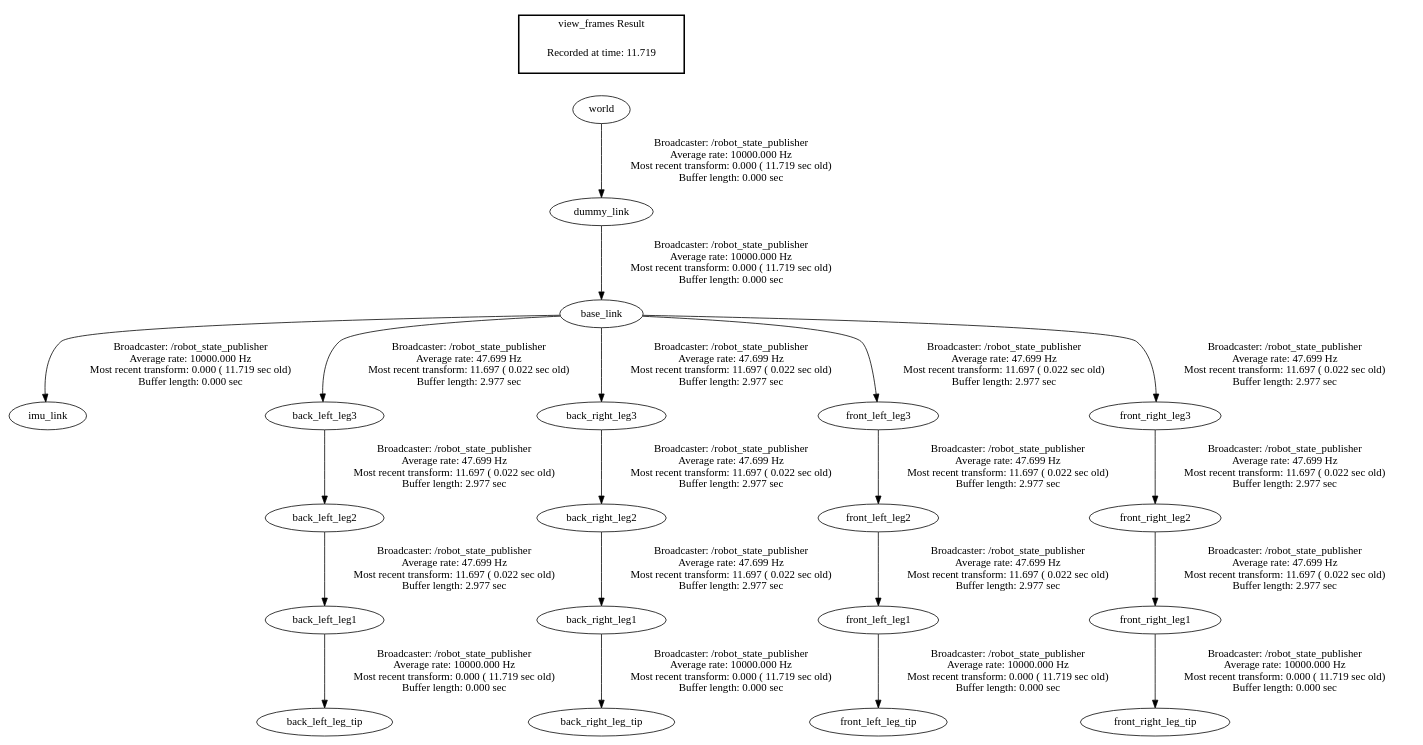
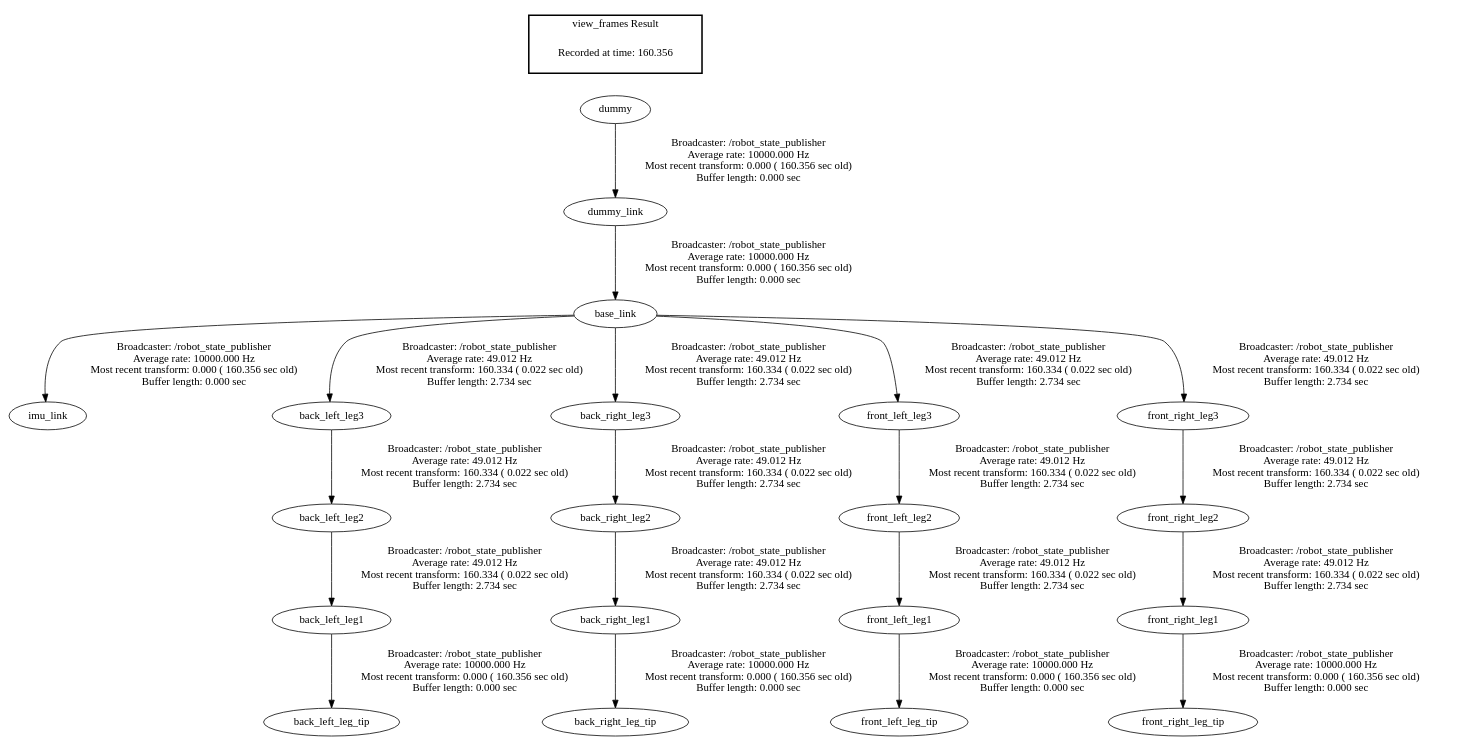
One commit to shandilya1998/CPGController changed the diagram in src/simulations/ws/src/quadruped/frames.gv. Above: the diagram before and after it, drawn with Graphviz. The commit also changed 16 other files, not shown here.

```diff
--- a/src/simulations/ws/src/quadruped/frames.gv
+++ b/src/simulations/ws/src/quadruped/frames.gv
@@ -1,25 +1,25 @@
 digraph G {
-"back_left_leg1" -> "back_left_leg_tip"[label="Broadcaster: /robot_state_publisher\nAverage rate: 10000.000 Hz\nMost recent transform: 0.000 ( 11.719 sec old)\nBuffer length: 0.000 sec\n"];
-"back_left_leg2" -> "back_left_leg1"[label="Broadcaster: /robot_state_publisher\nAverage rate: 47.699 Hz\nMost recent transform: 11.697 ( 0.022 sec old)\nBuffer length: 2.977 sec\n"];
-"back_right_leg1" -> "back_right_leg_tip"[label="Broadcaster: /robot_state_publisher\nAverage rate: 10000.000 Hz\nMost recent transform: 0.000 ( 11.719 sec old)\nBuffer length: 0.000 sec\n"];
-"back_right_leg2" -> "back_right_leg1"[label="Broadcaster: /robot_state_publisher\nAverage rate: 47.699 Hz\nMost recent transform: 11.697 ( 0.022 sec old)\nBuffer length: 2.977 sec\n"];
-"base_link" -> "imu_link"[label="Broadcaster: /robot_state_publisher\nAverage rate: 10000.000 Hz\nMost recent transform: 0.000 ( 11.719 sec old)\nBuffer length: 0.000 sec\n"];
-"dummy_link" -> "base_link"[label="Broadcaster: /robot_state_publisher\nAverage rate: 10000.000 Hz\nMost recent transform: 0.000 ( 11.719 sec old)\nBuffer length: 0.000 sec\n"];
-"world" -> "dummy_link"[label="Broadcaster: /robot_state_publisher\nAverage rate: 10000.000 Hz\nMost recent transform: 0.000 ( 11.719 sec old)\nBuffer length: 0.000 sec\n"];
-"front_left_leg1" -> "front_left_leg_tip"[label="Broadcaster: /robot_state_publisher\nAverage rate: 10000.000 Hz\nMost recent transform: 0.000 ( 11.719 sec old)\nBuffer length: 0.000 sec\n"];
-"front_left_leg2" -> "front_left_leg1"[label="Broadcaster: /robot_state_publisher\nAverage rate: 47.699 Hz\nMost recent transform: 11.697 ( 0.022 sec old)\nBuffer length: 2.977 sec\n"];
-"front_right_leg1" -> "front_right_leg_tip"[label="Broadcaster: /robot_state_publisher\nAverage rate: 10000.000 Hz\nMost recent transform: 0.000 ( 11.719 sec old)\nBuffer length: 0.000 sec\n"];
-"front_right_leg2" -> "front_right_leg1"[label="Broadcaster: /robot_state_publisher\nAverage rate: 47.699 Hz\nMost recent transform: 11.697 ( 0.022 sec old)\nBuffer length: 2.977 sec\n"];
-"back_left_leg3" -> "back_left_leg2"[label="Broadcaster: /robot_state_publisher\nAverage rate: 47.699 Hz\nMost recent transform: 11.697 ( 0.022 sec old)\nBuffer length: 2.977 sec\n"];
-"base_link" -> "back_left_leg3"[label="Broadcaster: /robot_state_publisher\nAverage rate: 47.699 Hz\nMost recent transform: 11.697 ( 0.022 sec old)\nBuffer length: 2.977 sec\n"];
-"back_right_leg3" -> "back_right_leg2"[label="Broadcaster: /robot_state_publisher\nAverage rate: 47.699 Hz\nMost recent transform: 11.697 ( 0.022 sec old)\nBuffer length: 2.977 sec\n"];
-"base_link" -> "back_right_leg3"[label="Broadcaster: /robot_state_publisher\nAverage rate: 47.699 Hz\nMost recent transform: 11.697 ( 0.022 sec old)\nBuffer length: 2.977 sec\n"];
-"front_left_leg3" -> "front_left_leg2"[label="Broadcaster: /robot_state_publisher\nAverage rate: 47.699 Hz\nMost recent transform: 11.697 ( 0.022 sec old)\nBuffer length: 2.977 sec\n"];
-"base_link" -> "front_left_leg3"[label="Broadcaster: /robot_state_publisher\nAverage rate: 47.699 Hz\nMost recent transform: 11.697 ( 0.022 sec old)\nBuffer length: 2.977 sec\n"];
-"front_right_leg3" -> "front_right_leg2"[label="Broadcaster: /robot_state_publisher\nAverage rate: 47.699 Hz\nMost recent transform: 11.697 ( 0.022 sec old)\nBuffer length: 2.977 sec\n"];
-"base_link" -> "front_right_leg3"[label="Broadcaster: /robot_state_publisher\nAverage rate: 47.699 Hz\nMost recent transform: 11.697 ( 0.022 sec old)\nBuffer length: 2.977 sec\n"];
+"back_left_leg1" -> "back_left_leg_tip"[label="Broadcaster: /robot_state_publisher\nAverage rate: 10000.000 Hz\nMost recent transform: 0.000 ( 160.356 sec old)\nBuffer length: 0.000 sec\n"];
+"back_left_leg2" -> "back_left_leg1"[label="Broadcaster: /robot_state_publisher\nAverage rate: 49.012 Hz\nMost recent transform: 160.334 ( 0.022 sec old)\nBuffer length: 2.734 sec\n"];
+"back_right_leg1" -> "back_right_leg_tip"[label="Broadcaster: /robot_state_publisher\nAverage rate: 10000.000 Hz\nMost recent transform: 0.000 ( 160.356 sec old)\nBuffer length: 0.000 sec\n"];
+"back_right_leg2" -> "back_right_leg1"[label="Broadcaster: /robot_state_publisher\nAverage rate: 49.012 Hz\nMost recent transform: 160.334 ( 0.022 sec old)\nBuffer length: 2.734 sec\n"];
+"base_link" -> "imu_link"[label="Broadcaster: /robot_state_publisher\nAverage rate: 10000.000 Hz\nMost recent transform: 0.000 ( 160.356 sec old)\nBuffer length: 0.000 sec\n"];
+"dummy_link" -> "base_link"[label="Broadcaster: /robot_state_publisher\nAverage rate: 10000.000 Hz\nMost recent transform: 0.000 ( 160.356 sec old)\nBuffer length: 0.000 sec\n"];
+"dummy" -> "dummy_link"[label="Broadcaster: /robot_state_publisher\nAverage rate: 10000.000 Hz\nMost recent transform: 0.000 ( 160.356 sec old)\nBuffer length: 0.000 sec\n"];
+"front_left_leg1" -> "front_left_leg_tip"[label="Broadcaster: /robot_state_publisher\nAverage rate: 10000.000 Hz\nMost recent transform: 0.000 ( 160.356 sec old)\nBuffer length: 0.000 sec\n"];
+"front_left_leg2" -> "front_left_leg1"[label="Broadcaster: /robot_state_publisher\nAverage rate: 49.012 Hz\nMost recent transform: 160.334 ( 0.022 sec old)\nBuffer length: 2.734 sec\n"];
+"front_right_leg1" -> "front_right_leg_tip"[label="Broadcaster: /robot_state_publisher\nAverage rate: 10000.000 Hz\nMost recent transform: 0.000 ( 160.356 sec old)\nBuffer length: 0.000 sec\n"];
+"front_right_leg2" -> "front_right_leg1"[label="Broadcaster: /robot_state_publisher\nAverage rate: 49.012 Hz\nMost recent transform: 160.334 ( 0.022 sec old)\nBuffer length: 2.734 sec\n"];
+"back_left_leg3" -> "back_left_leg2"[label="Broadcaster: /robot_state_publisher\nAverage rate: 49.012 Hz\nMost recent transform: 160.334 ( 0.022 sec old)\nBuffer length: 2.734 sec\n"];
+"base_link" -> "back_left_leg3"[label="Broadcaster: /robot_state_publisher\nAverage rate: 49.012 Hz\nMost recent transform: 160.334 ( 0.022 sec old)\nBuffer length: 2.734 sec\n"];
+"back_right_leg3" -> "back_right_leg2"[label="Broadcaster: /robot_state_publisher\nAverage rate: 49.012 Hz\nMost recent transform: 160.334 ( 0.022 sec old)\nBuffer length: 2.734 sec\n"];
+"base_link" -> "back_right_leg3"[label="Broadcaster: /robot_state_publisher\nAverage rate: 49.012 Hz\nMost recent transform: 160.334 ( 0.022 sec old)\nBuffer length: 2.734 sec\n"];
+"front_left_leg3" -> "front_left_leg2"[label="Broadcaster: /robot_state_publisher\nAverage rate: 49.012 Hz\nMost recent transform: 160.334 ( 0.022 sec old)\nBuffer length: 2.734 sec\n"];
+"base_link" -> "front_left_leg3"[label="Broadcaster: /robot_state_publisher\nAverage rate: 49.012 Hz\nMost recent transform: 160.334 ( 0.022 sec old)\nBuffer length: 2.734 sec\n"];
+"front_right_leg3" -> "front_right_leg2"[label="Broadcaster: /robot_state_publisher\nAverage rate: 49.012 Hz\nMost recent transform: 160.334 ( 0.022 sec old)\nBuffer length: 2.734 sec\n"];
+"base_link" -> "front_right_leg3"[label="Broadcaster: /robot_state_publisher\nAverage rate: 49.012 Hz\nMost recent transform: 160.334 ( 0.022 sec old)\nBuffer length: 2.734 sec\n"];
 edge [style=invis];
  subgraph cluster_legend { style=bold; color=black; label ="view_frames Result";
-"Recorded at time: 11.719"[ shape=plaintext ] ;
- }->"world";
+"Recorded at time: 160.356"[ shape=plaintext ] ;
+ }->"dummy";
 }
```
